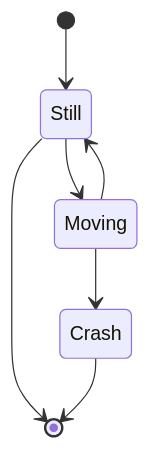
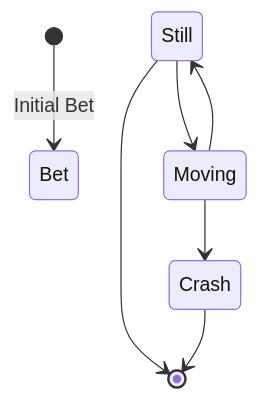
The diagram in README.md (vguttmann/betterchips), drawn with Mermaid before and after one commit.

Commit message:
markdown fix

````diff
--- a/README.md
+++ b/README.md
@@ -5,10 +5,10 @@
 ```mermaid
 stateDiagram-v2
-    [*] --> Still
+    [*] --> Bet: Initial Bet
     Still --> [*]
     
     Still --> Moving
     Moving --> Still
     Moving --> Crash
     Crash --> [*]
 ```
````
